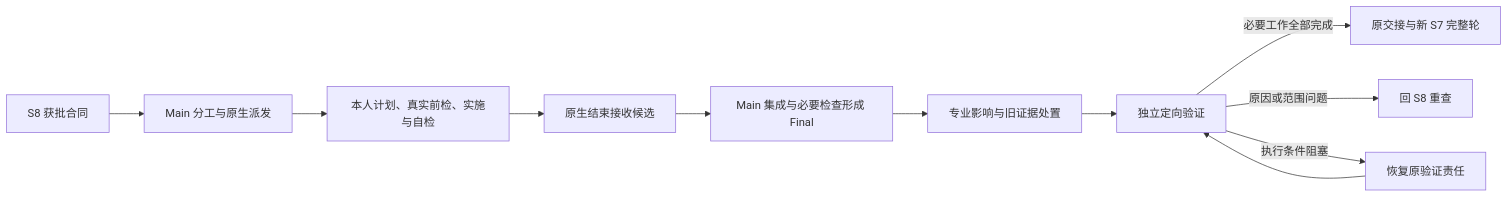
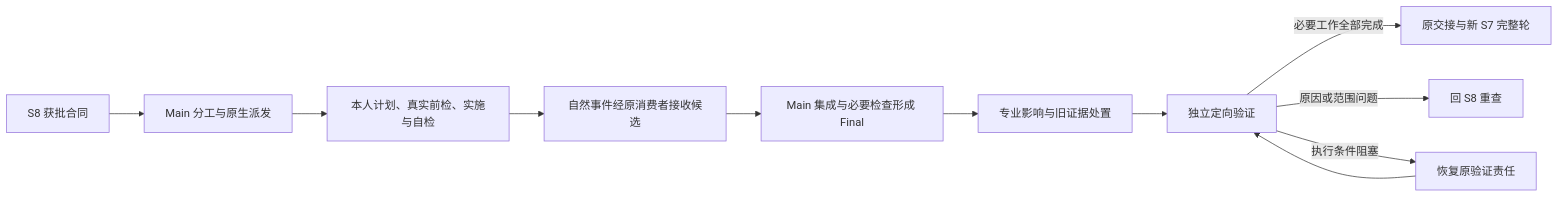
The diagram in blueprint/l3-stages/L3-S9-repair.md (Sebs-Lee/go-system-builder), drawn with Mermaid before and after one commit. The commit also changed other lines of this file and 24 other files, not shown here.

````diff
--- a/blueprint/l3-stages/L3-S9-repair.md
+++ b/blueprint/l3-stages/L3-S9-repair.md
@@ -13,13 +15,13 @@
 ```mermaid
 flowchart LR
     CONTRACT["S8 获批合同"] --> DIVIDE["Main 分工与原生派发"]
     DIVIDE --> BUILD["本人计划、真实前检、实施与自检"]
-    BUILD --> CANDIDATE["原生结束接收候选"]
+    BUILD --> CANDIDATE["自然事件经原消费者接收候选"]
     CANDIDATE --> FINAL["Main 集成与必要检查形成 Final"]
     FINAL --> IMPACT["专业影响与旧证据处置"]
     IMPACT --> TARGET["独立定向验证"]
     TARGET -->|"必要工作全部完成"| HANDOFF["原交接与新 S7 完整轮"]
     TARGET -->|"原因或范围问题"| INVESTIGATE["回 S8 重查"]
     TARGET -->|"执行条件阻塞"| RECOVER["恢复原验证责任"]
     RECOVER --> TARGET
 ```
````
